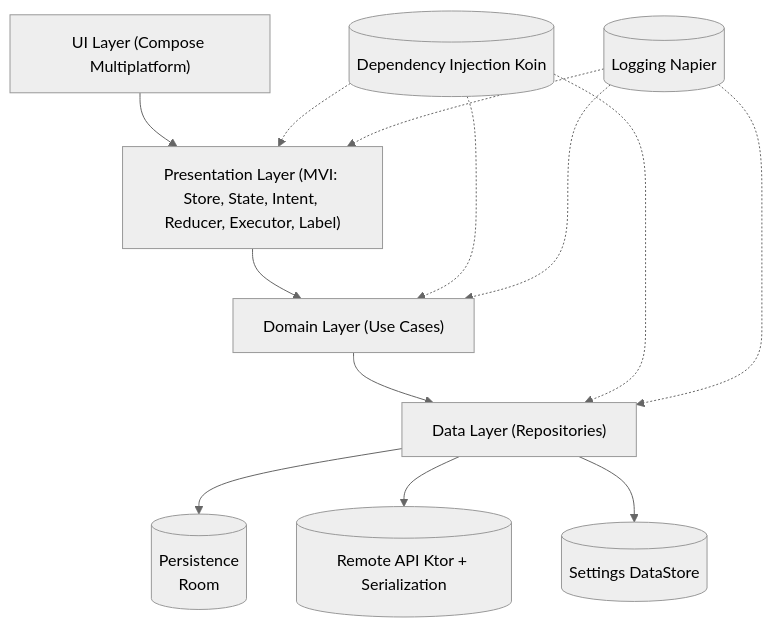
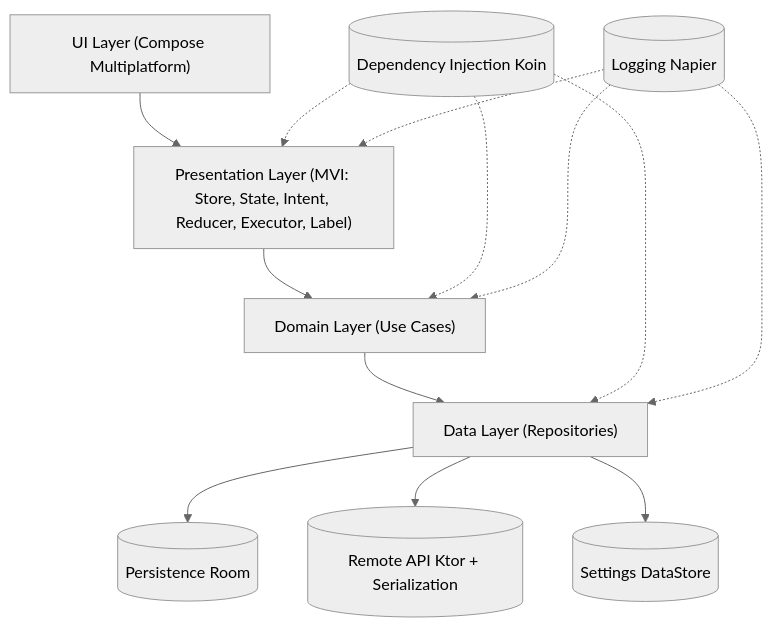
One commit to fabian-rump/crossnotes changed the diagram in README.md. Above: the diagram before and after it, drawn with Mermaid (neutral theme).

Commit message:
removed missing backslash

````diff
--- a/README.md
+++ b/README.md
@@ -27,15 +27,15 @@
 ```mermaid
 flowchart TD
     UI["UI Layer (Compose Multiplatform)"] --> Presenter["Presentation Layer (MVI: Store, State, Intent, Reducer, Executor, Label)"]
     Presenter --> Domain["Domain Layer (Use Cases)"]
     Domain --> Repo["Data Layer (Repositories)"]
-    Repo --> DB[("Persistence\nRoom")]
+    Repo --> DB[("Persistence Room")]
     Repo --> API[("Remote API Ktor + Serialization")]
     Repo --> DS[("Settings DataStore")]
     DI[("Dependency Injection Koin")] -.-> Presenter
     DI -.-> Domain
     DI -.-> Repo
     Log[("Logging Napier")] -.-> Presenter
     Log -.-> Domain
     Log -.-> Repo
 ```
````
